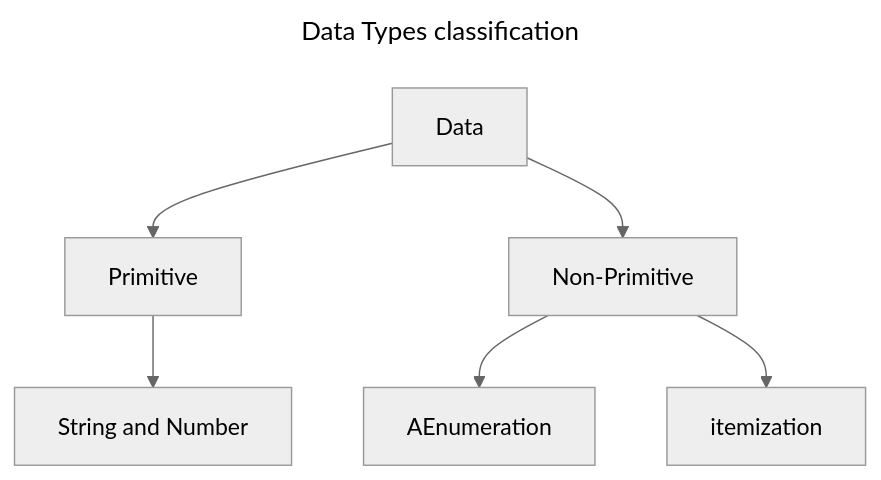
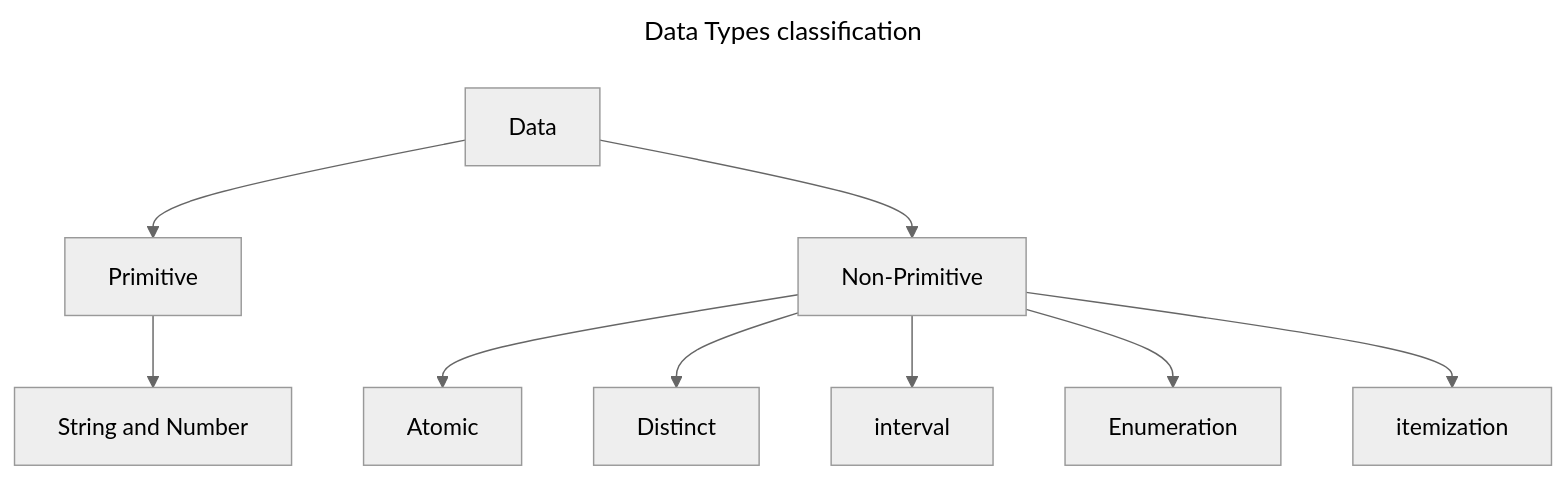
The diagram in Notes/OSSU/Core CS/Core Programming/Systemactic Program design/HtDD.md (ssahu200122/Obsidian-vault), drawn with Mermaid (neutral theme) before and after one commit.

Commit message:
vault backup: 2025-03-06 22:29:11

````diff
--- a/Notes/OSSU/Core CS/Core Programming/Systemactic Program design/HtDD.md
+++ b/Notes/OSSU/Core CS/Core Programming/Systemactic Program design/HtDD.md
@@ -164,10 +164,10 @@
 ```mermaid
 ---
 title: Data Types classification
 ---
 flowchart TB
     Data[Data]--> P[Primitive] & NP[Non-Primitive]
     P --> PT[ String and Number] 
-    NP --> AEnumeration & itemization
+    NP --> Atomic &  Distinct & interval & Enumeration & itemization
 
 ```
````
